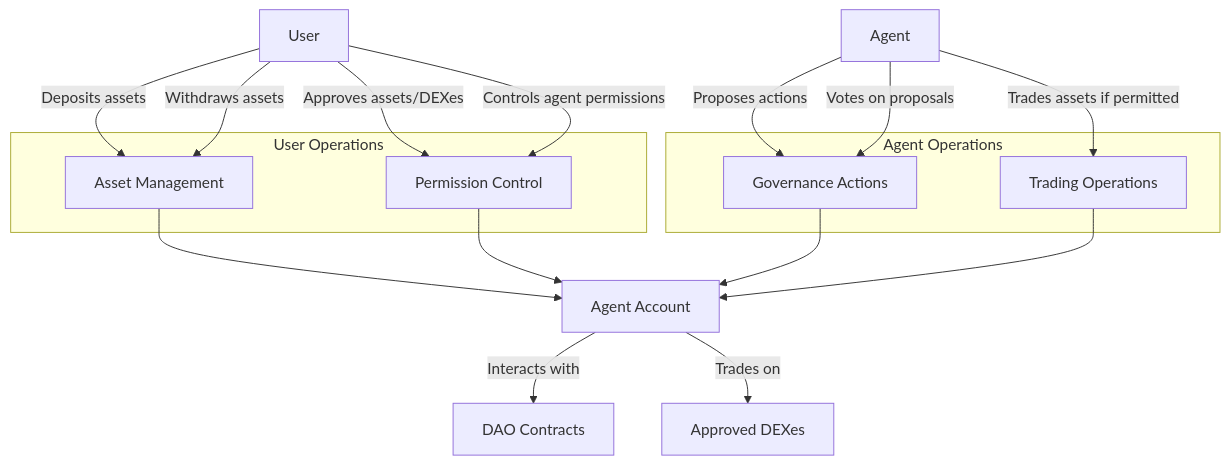
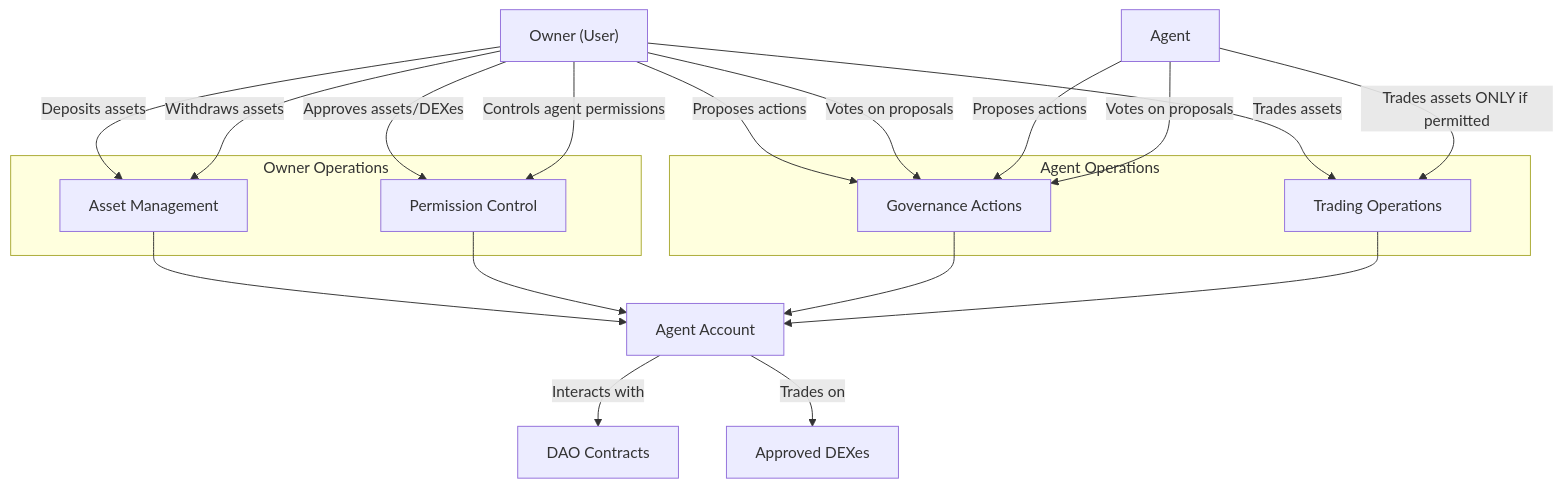
One commit to aibtcdev/aibtcdev-docs changed the diagram in templates/agent-account-example.md. Above: the diagram before and after it, drawn with Mermaid. The commit also changed other lines of this file and 1 other file, not shown here.

Commit message:
docs: Clarify owner/agent roles and permissions in documentation

````diff
--- a/templates/agent-account-example.md
+++ b/templates/agent-account-example.md
@@ -38,34 +38,37 @@
 ```mermaid
 flowchart TD
-    A["User"]
+    A["Owner (User)"]
     B["Agent"]
     C["Agent Account"]
     D["DAO Contracts"]
     E["Approved DEXes"]
     
-    subgraph User Operations
+    subgraph Owner Operations
         CA["Asset Management"]
         CB["Permission Control"]
     end
     
     subgraph Agent Operations
         CC["Governance Actions"]
         CD["Trading Operations"]
     end
     
     A -->|"Deposits assets"| CA
     A -->|"Withdraws assets"| CA
     A -->|"Approves assets/DEXes"| CB
     A -->|"Controls agent permissions"| CB
+    A -->|"Proposes actions"| CC
+    A -->|"Votes on proposals"| CC
+    A -->|"Trades assets"| CD
     B -->|"Proposes actions"| CC
     B -->|"Votes on proposals"| CC
-    B -->|"Trades assets if permitted"| CD
+    B -->|"Trades assets ONLY if permitted"| CD
     
     CA --> C
     CB --> C
     CC --> C
     CD --> C
     
     C -->|"Interacts with"| D
     C -->|"Trades on"| E
 ```
````
